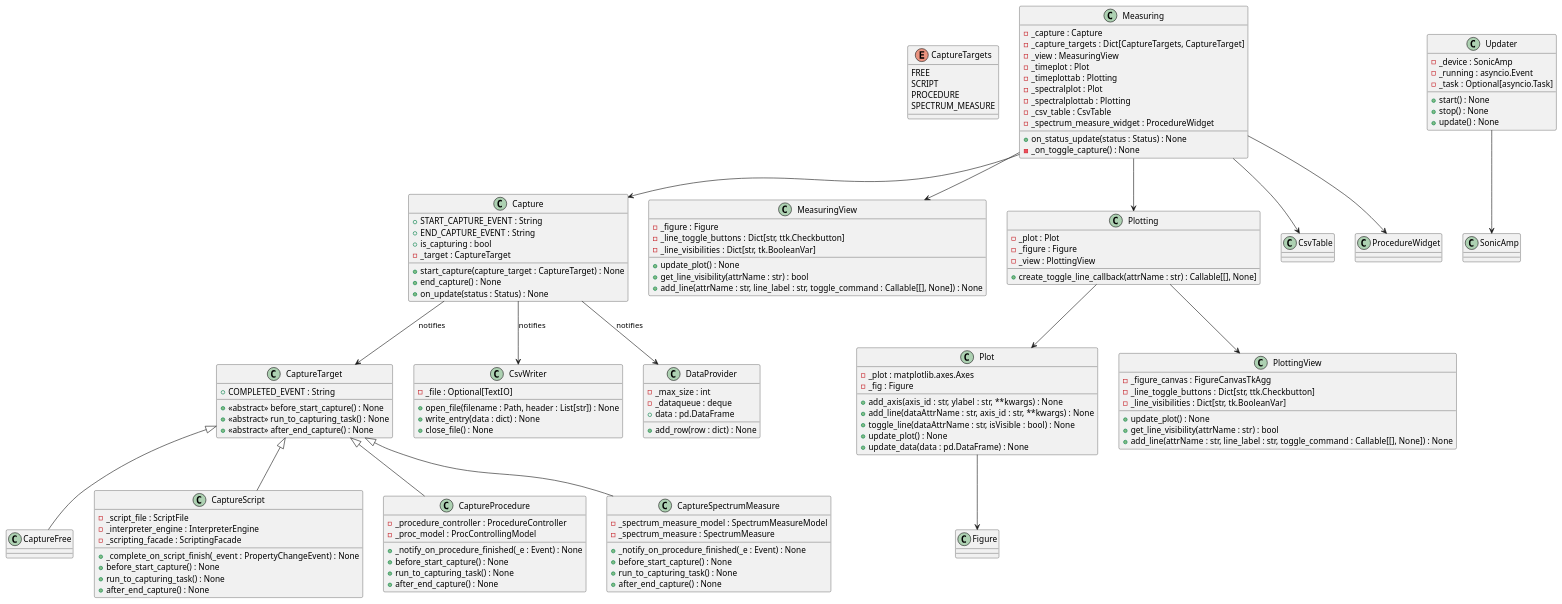
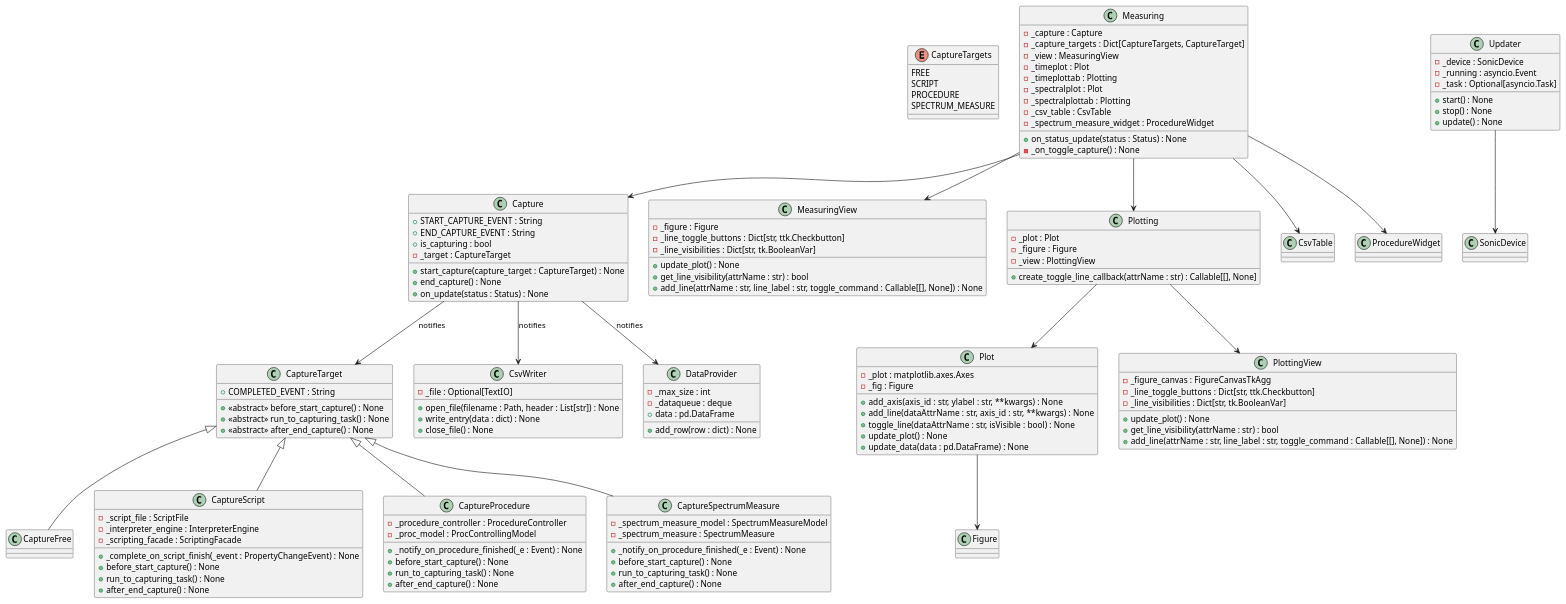
The diagram in docs/diagrams/sonic_control_gui/measuring.puml (usepat/soniccontrol), drawn with PlantUML before and after one commit. The commit also changed 168 other files, not shown here.

Commit message:
Changed names from sonicpackage to soniccontrol and from sonicamp to sonic_device.

```diff
--- a/docs/diagrams/sonic_control_gui/measuring.puml
+++ b/docs/diagrams/sonic_control_gui/measuring.puml
@@ -1,159 +1,159 @@
 @startuml Measuring
 
 set separator . 
 skinparam classSeparator "."
 skinparam packageSeparator "."
 top to bottom direction
 
 ' Define Enumerations
 enum CaptureTargets {
     FREE
     SCRIPT
     PROCEDURE
     SPECTRUM_MEASURE
 }
 
 ' Define Classes
 class CaptureTarget {
     +<<abstract>> before_start_capture() : None
     +<<abstract>> run_to_capturing_task() : None
     +<<abstract>> after_end_capture() : None
     +COMPLETED_EVENT : String
 }
 
 class CaptureFree {
 }
 
 class CaptureScript {
     -_script_file : ScriptFile
     -_interpreter_engine : InterpreterEngine
     -_scripting_facade : ScriptingFacade
     +_complete_on_script_finish(_event : PropertyChangeEvent) : None
     +before_start_capture() : None
     +run_to_capturing_task() : None
     +after_end_capture() : None
 }
 
 class CaptureProcedure {
     -_procedure_controller : ProcedureController
     -_proc_model : ProcControllingModel
     +_notify_on_procedure_finished(_e : Event) : None
     +before_start_capture() : None
     +run_to_capturing_task() : None
     +after_end_capture() : None
 }
 
 class CaptureSpectrumMeasure {
     -_spectrum_measure_model : SpectrumMeasureModel
     -_spectrum_measure : SpectrumMeasure
     +_notify_on_procedure_finished(_e : Event) : None
     +before_start_capture() : None
     +run_to_capturing_task() : None
     +after_end_capture() : None
 }
 
 class Capture {
     +START_CAPTURE_EVENT : String
     +END_CAPTURE_EVENT : String
     +is_capturing : bool
     +start_capture(capture_target : CaptureTarget) : None
     +end_capture() : None
     +on_update(status : Status) : None
     -_target : CaptureTarget
 }
 
 class CsvWriter {
     -_file : Optional[TextIO]
     +open_file(filename : Path, header : List[str]) : None
     +write_entry(data : dict) : None
     +close_file() : None
 }
 
 class DataProvider {
     -_max_size : int
     -_dataqueue : deque
     +data : pd.DataFrame
     +add_row(row : dict) : None
 }
 
 class Updater {
-    -_device : SonicAmp
+    -_device : SonicDevice
     -_running : asyncio.Event
     -_task : Optional[asyncio.Task]
     +start() : None
     +stop() : None
     +update() : None
 }
 
 class Plot {
     -_plot : matplotlib.axes.Axes
     -_fig : Figure
     +add_axis(axis_id : str, ylabel : str, **kwargs) : None
     +add_line(dataAttrName : str, axis_id : str, **kwargs) : None
     +toggle_line(dataAttrName : str, isVisible : bool) : None
     +update_plot() : None
     +update_data(data : pd.DataFrame) : None
 }
 
 class Measuring {
     -_capture : Capture
     -_capture_targets : Dict[CaptureTargets, CaptureTarget]
     -_view : MeasuringView
     -_timeplot : Plot
     -_timeplottab : Plotting
     -_spectralplot : Plot
     -_spectralplottab : Plotting
     -_csv_table : CsvTable
     -_spectrum_measure_widget : ProcedureWidget
     +on_status_update(status : Status) : None
     -_on_toggle_capture() : None
 }
 
 class MeasuringView {
     -_figure : Figure
     -_line_toggle_buttons : Dict[str, ttk.Checkbutton]
     -_line_visibilities : Dict[str, tk.BooleanVar]
     +update_plot() : None
     +get_line_visibility(attrName : str) : bool
     +add_line(attrName : str, line_label : str, toggle_command : Callable[[], None]) : None
 }
 
 class Plotting {
     -_plot : Plot
     -_figure : Figure
     -_view : PlottingView
     +create_toggle_line_callback(attrName : str) : Callable[[], None]
 }
 
 class PlottingView {
     -_figure_canvas : FigureCanvasTkAgg
     -_line_toggle_buttons : Dict[str, ttk.Checkbutton]
     -_line_visibilities : Dict[str, tk.BooleanVar]
     +update_plot() : None
     +get_line_visibility(attrName : str) : bool
     +add_line(attrName : str, line_label : str, toggle_command : Callable[[], None]) : None
 }
 
 ' Define Relationships
 Capture --> DataProvider : notifies
 Capture --> CsvWriter : notifies
 Capture --> CaptureTarget : notifies
 CaptureTarget <|-- CaptureFree
 CaptureTarget <|-- CaptureScript
 CaptureTarget <|-- CaptureProcedure
 CaptureTarget <|-- CaptureSpectrumMeasure
 
 Measuring --> Capture
 Measuring --> MeasuringView
 Measuring --> Plotting
 Measuring --> CsvTable
 Measuring --> ProcedureWidget
 
 Plotting --> Plot
 Plotting --> PlottingView
 
-Updater --> SonicAmp
+Updater --> SonicDevice
 
 Plot --> Figure
 
 @enduml
```
